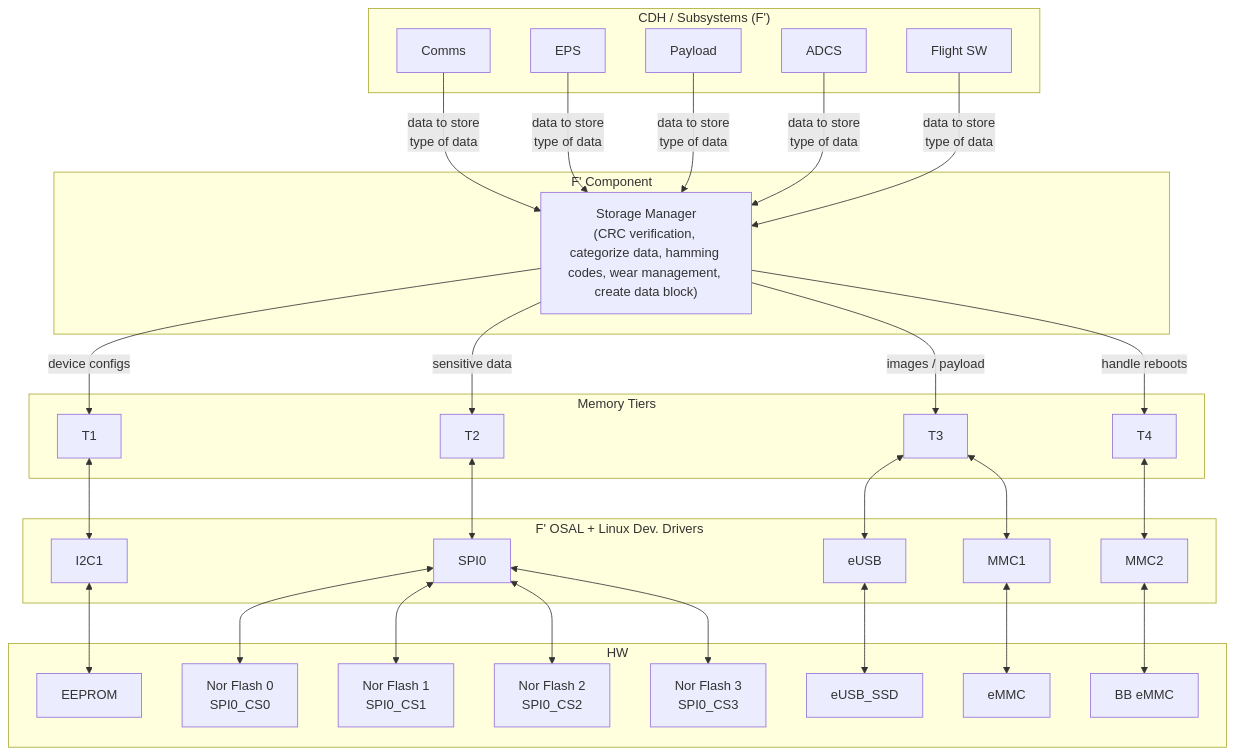
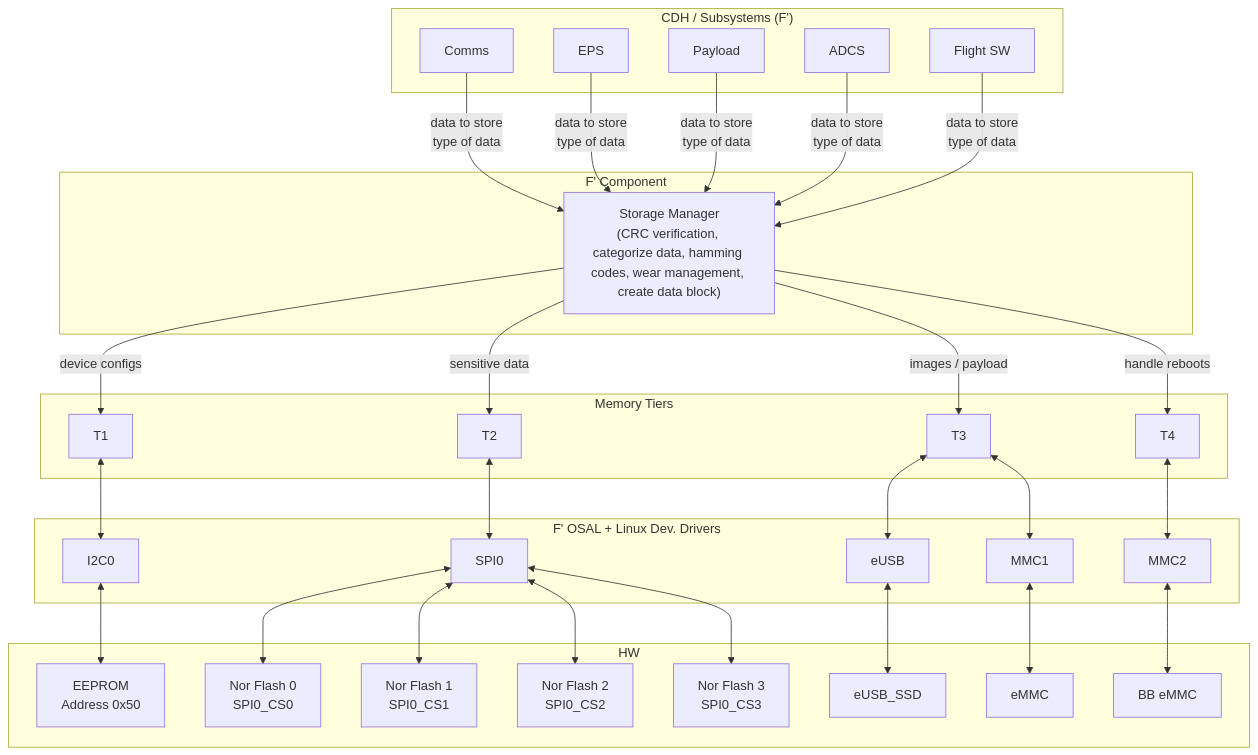
The third of 3 diagrams in docs/Core/FlightComputerMemory.md (UWCubeSat/hs2-software-design), drawn with Mermaid before and after one commit.

````diff
--- a/docs/Core/FlightComputerMemory.md
+++ b/docs/Core/FlightComputerMemory.md
@@ -59,70 +59,70 @@
 ```mermaid
 graph TD
     subgraph CDH_Subsystems ["CDH / Subsystems (F')"]
         Comms[Comms]
         EPS[EPS]
         Payload[Payload]
         ADCS[ADCS]
         FlightSW[Flight SW]
     end
 
     subgraph F_Component ["F' Component"]
         StorageManager["Storage Manager<br/>(CRC verification, categorize data, hamming codes, wear management, create data block)"]
     end
 
     subgraph F_OSAL ["Memory Tiers"]
         T1_Interface[T1]
         T2_Interface[T2]
         T3_Interface[T3]
         T4_Interface[T4]
     end
 
     subgraph Linux_Drivers ["F' OSAL + Linux Dev. Drivers"]
-        I2C[I2C1]
+        I2C[I2C0]
         SPI0[SPI0]
         eUSB[eUSB]
         MMC1[MMC1]
         MMC2[MMC2]
     end
 
     subgraph HW ["HW"]
-        EEPROM_HW[EEPROM]
+        EEPROM_HW[EEPROM<br/>Address 0x50]
         NOR0_HW[Nor Flash 0<br/>SPI0_CS0]
         NOR1_HW[Nor Flash 1<br/>SPI0_CS1]
         NOR2_HW[Nor Flash 2<br/>SPI0_CS2]
         NOR3_HW[Nor Flash 3<br/>SPI0_CS3]
         eUSB_SSD_HW[eUSB_SSD]
         eMMC_HW[eMMC]
         BB_eMMC_HW[BB eMMC]
     end
 
     %% Data Flow - CDH Subsystems to Storage Manager
     Comms -->|data to store<br/>type of data| StorageManager
     EPS -->|data to store<br/>type of data| StorageManager
     Payload -->|data to store<br/>type of data| StorageManager
     ADCS -->|data to store<br/>type of data| StorageManager
     FlightSW -->|data to store<br/>type of data| StorageManager
     
     %% Storage Manager to Tiers
     StorageManager -- "device configs" --> T1_Interface
     StorageManager -- "sensitive data" --> T2_Interface
     StorageManager -- "images / payload" --> T3_Interface
     StorageManager -- "handle reboots" --> T4_Interface
 
     %% Interfaces to Drivers
     T1_Interface <--> I2C
     T2_Interface <--> SPI0
     T3_Interface <--> eUSB
     T3_Interface <--> MMC1
     T4_Interface <--> MMC2
 
     %% Drivers to HW
     I2C <--> EEPROM_HW
     SPI0 <--> NOR0_HW
     SPI0 <--> NOR1_HW
     SPI0 <--> NOR2_HW
     SPI0 <--> NOR3_HW
     eUSB <--> eUSB_SSD_HW
     MMC1 <--> eMMC_HW
     MMC2 <--> BB_eMMC_HW
 ```
````
